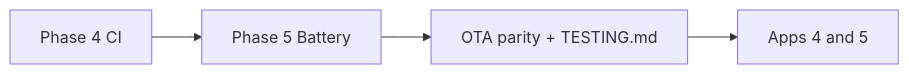
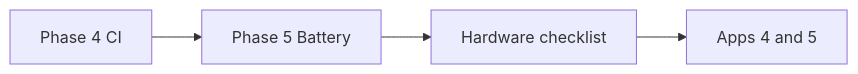
Before and after one commit to CosmosKiller/comsosFivePieceBasis: the diagram in docs/POLISH_PLAN.md, drawn with Mermaid. The commit also changed other lines of this file and 9 other files, not shown here.

````diff
--- a/docs/POLISH_PLAN.md
+++ b/docs/POLISH_PLAN.md
@@ -158,6 +160,6 @@
 ```mermaid
 flowchart LR
   P4[Phase 4 CI] --> P5a[Phase 5 Battery]
-  P5a --> P5b[OTA parity + TESTING.md]
+  P5a --> P5b[Hardware checklist]
   P5b --> P5c[Apps 4 and 5]
 ```
````
